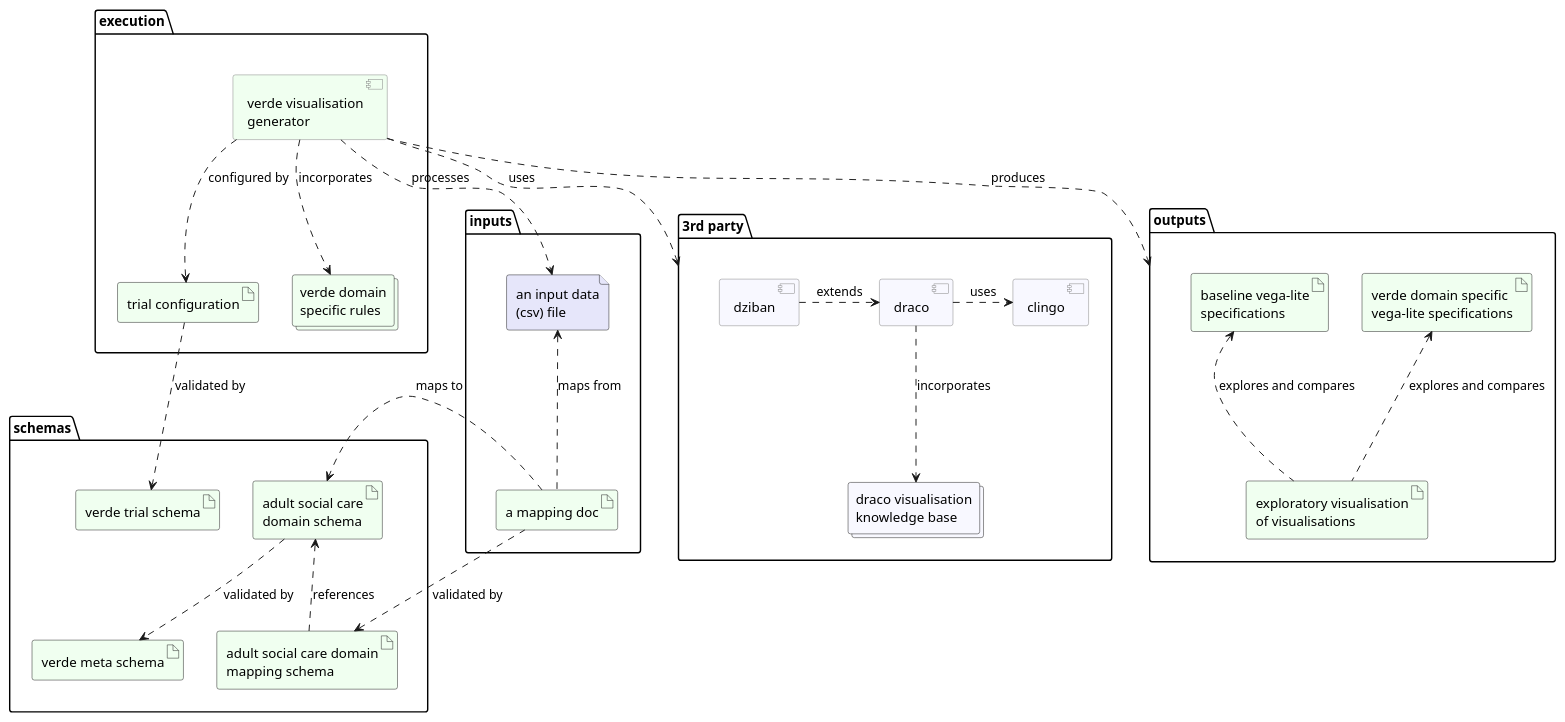
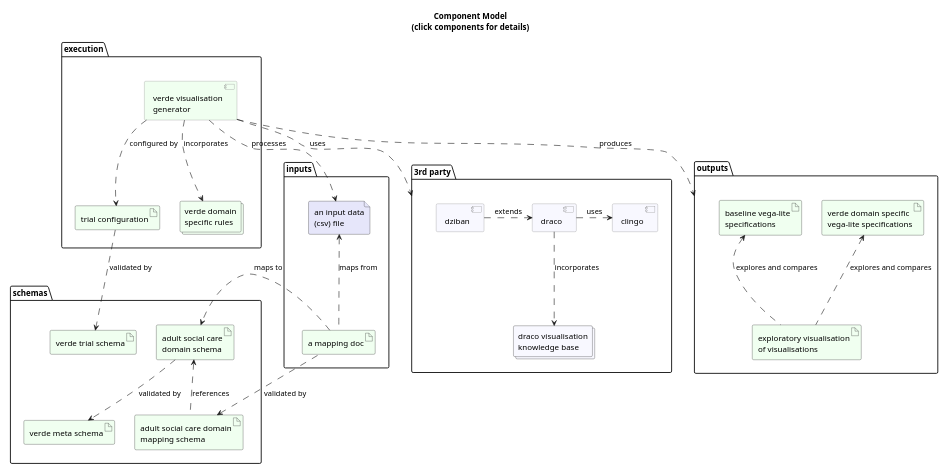
The diagram in docs/uml/components.puml (trubens71/verde), drawn with PlantUML before and after one commit. The commit also changed 1 other file, not shown here.

Commit message:
note to links in components.svg

```diff
--- a/docs/uml/components.puml
+++ b/docs/uml/components.puml
@@ -1,63 +1,65 @@
 @startuml
 'scale 0.5
 skinparam shadowing false
 skinparam ComponentBorderColor gray
 allow_mixing
 
+title Component Model\n(click components for details)
+scale 0.6
 package "schemas" as schemas{
     artifact "verde trial schema" as trial_schema [[https://github.com/trubens71/verde/blob/master/schemas/verde_trial_schema.json]] #honeydew
     artifact "verde meta schema" as meta_schema [[https://github.com/trubens71/verde/blob/master/schemas/verde_meta_schema.json]] #honeydew
     artifact "adult social care\ndomain schema" as asc_domain_schema [[https://github.com/trubens71/verde/blob/master/schemas/verde_asc_domain_schema.json]] #honeydew
     artifact "adult social care domain\nmapping schema" as asc_mapping_schema [[https://github.com/trubens71/verde/blob/master/schemas/verde_asc_domain_mapping_schema.json]] #honeydew
 }
 
 package "inputs" as inputs {
     file "an input data\n(csv) file" as input_data [[https://github.com/trubens71/verde/blob/master/asc_data/processed/set_01/AFR_T41_region_tidy.csv]] #Lavender
     artifact "a mapping doc" as mapping_doc [[https://github.com/trubens71/verde/blob/master/asc_data/processed/set_01/AFR_T41_region_tidy_mapping.json]] #honeydew
 }
 
 package "outputs" as outputs {
     artifact "baseline vega-lite\nspecifications" as baseline_specs [[https://trubens71.github.io/verde/laboratory/trial_02_ut/regression/vegalite/trial_02_ut.exp_01_view_all_vl.html]] #honeydew
     artifact "verde domain specific\nvega-lite specifications" as verde_specs [[https://trubens71.github.io/verde/laboratory/trial_02_ut/regression/vegalite/trial_02_ut.exp_01_view_all_vl.html]] #honeydew
     artifact "exploratory visualisation\nof visualisations" as exploratory_vis [[https://trubens71.github.io/verde/laboratory/trial_03_ut/regression/vegalite/trial_03_ut.exp_01_view_compare.html]] #honeydew
 }
 
 package "execution" as execution {
     artifact "trial configuration" as trial_config [[https://github.com/trubens71/verde/blob/master/laboratory/example/trial.yaml]] #honeydew
     component [verde visualisation\ngenerator] as verde [[https://github.com/trubens71/verde/tree/master/src]] #honeydew
     collections "verde domain\nspecific rules" as verde_rules [[https://github.com/trubens71/verde/tree/master/asp/verde_rule_templates]] #honeydew
 }
 
 package "3rd party" as third_party {
     component [draco] as draco [[https://github.com/uwdata/draco]] #ghostwhite
     component [clingo] as clingo [[https://github.com/potassco/clingo]] #ghostwhite
     collections "draco visualisation\nknowledge base" as draco_kb [[https://github.com/trubens71/verde/tree/master/asp/draco_base]] #GhostWhite
     component [dziban] as dziban [[https://github.com/uwdata/dziban]] #ghostwhite
 }
 
 inputs .[hidden]d.> execution
 inputs .[hidden]r.> schemas
 execution .[hidden]r.> third_party
 execution .[hidden]d.> outputs
 
 asc_domain_schema .down.> meta_schema : validated by
 trial_config .down.> trial_schema : validated by
 mapping_doc .left.> asc_mapping_schema : validated by
 asc_mapping_schema .up.> asc_domain_schema : references
 mapping_doc ..> asc_domain_schema : maps to
 mapping_doc .up.> input_data : maps from
 
 verde ..> trial_config : configured by
 verde ..> verde_rules : incorporates
 verde ..> third_party : uses
 verde ..> input_data : processes
 verde ..> outputs : produces
 
 draco .r.> clingo : uses
 draco .d.> draco_kb : incorporates
 dziban .r.> draco : extends
 
 exploratory_vis .u.> baseline_specs :  explores and compares
 exploratory_vis .u.> verde_specs :  explores and compares
 
 @enduml
```
